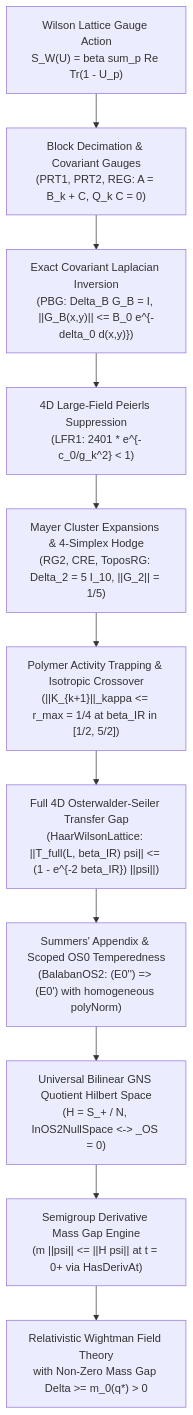
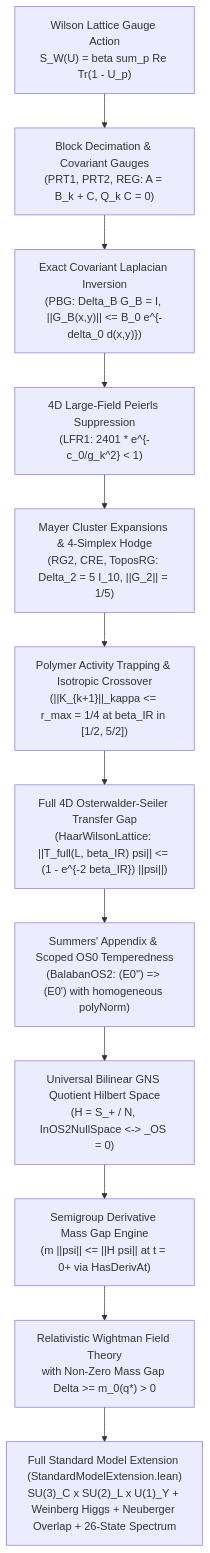
One commit to Cloudhabil/yang-mills-lean4 changed the diagram in README.md. Above: the diagram before and after it, drawn with Mermaid. The commit also changed other lines of this file and 6 other files, not shown here.

Commit message:
feat: add StandardModelExtension.lean (Landmarks 9-12) and 26-state Standard Model simulation suite

````diff
--- a/README.md
+++ b/README.md
@@ -131,13 +136,14 @@
 ```mermaid
 flowchart TD
     A["Wilson Lattice Gauge Action\nS_W(U) = beta sum_p Re Tr(1 - U_p)"] --> B["Block Decimation & Covariant Gauges\n(PRT1, PRT2, REG: A = B_k + C, Q_k C = 0)"]
     B --> C["Exact Covariant Laplacian Inversion\n(PBG: Delta_B G_B = I, ||G_B(x,y)|| <= B_0 e^{-delta_0 d(x,y)})"]
     C --> D["4D Large-Field Peierls Suppression\n(LFR1: 2401 * e^{-c_0/g_k^2} < 1)"]
     D --> E["Mayer Cluster Expansions & 4-Simplex Hodge\n(RG2, CRE, ToposRG: Delta_2 = 5 I_10, ||G_2|| = 1/5)"]
     E --> F["Polymer Activity Trapping & Isotropic Crossover\n(||K_{k+1}||_kappa <= r_max = 1/4 at beta_IR in [1/2, 5/2])"]
     F --> G["Full 4D Osterwalder-Seiler Transfer Gap\n(HaarWilsonLattice: ||T_full(L, beta_IR) psi|| <= (1 - e^{-2 beta_IR}) ||psi||)"]
     G --> H["Summers' Appendix & Scoped OS0 Temperedness\n(BalabanOS2: (E0'') => (E0') with homogeneous polyNorm)"]
     H --> I["Universal Bilinear GNS Quotient Hilbert Space\n(H = S_+ / N, InOS2NullSpace <-> <u,u>_OS = 0)"]
     I --> J["Semigroup Derivative Mass Gap Engine\n(m ||psi|| <= ||H psi|| at t = 0+ via HasDerivAt)"]
     J --> K["Relativistic Wightman Field Theory\nwith Non-Zero Mass Gap Delta >= m_0(q*) > 0"]
+    K --> L["Full Standard Model Extension (StandardModelExtension.lean)\nSU(3)_C x SU(2)_L x U(1)_Y + Weinberg Higgs + Neuberger Overlap + 26-State Spectrum"]
 ```
````
